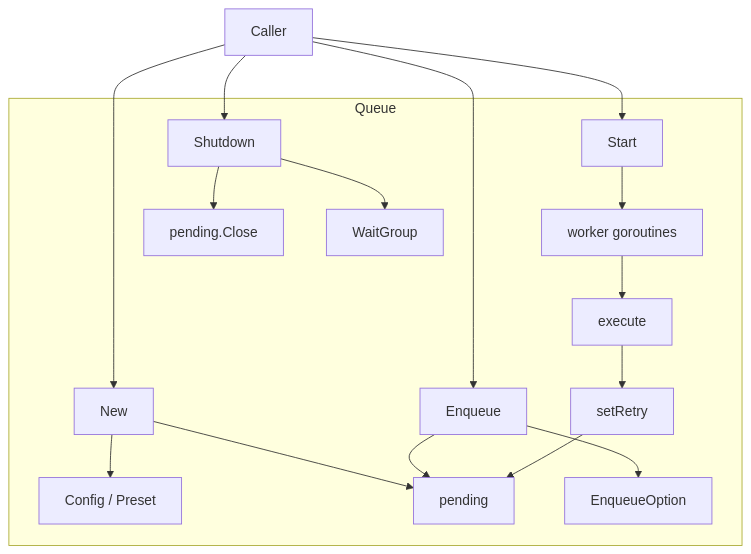
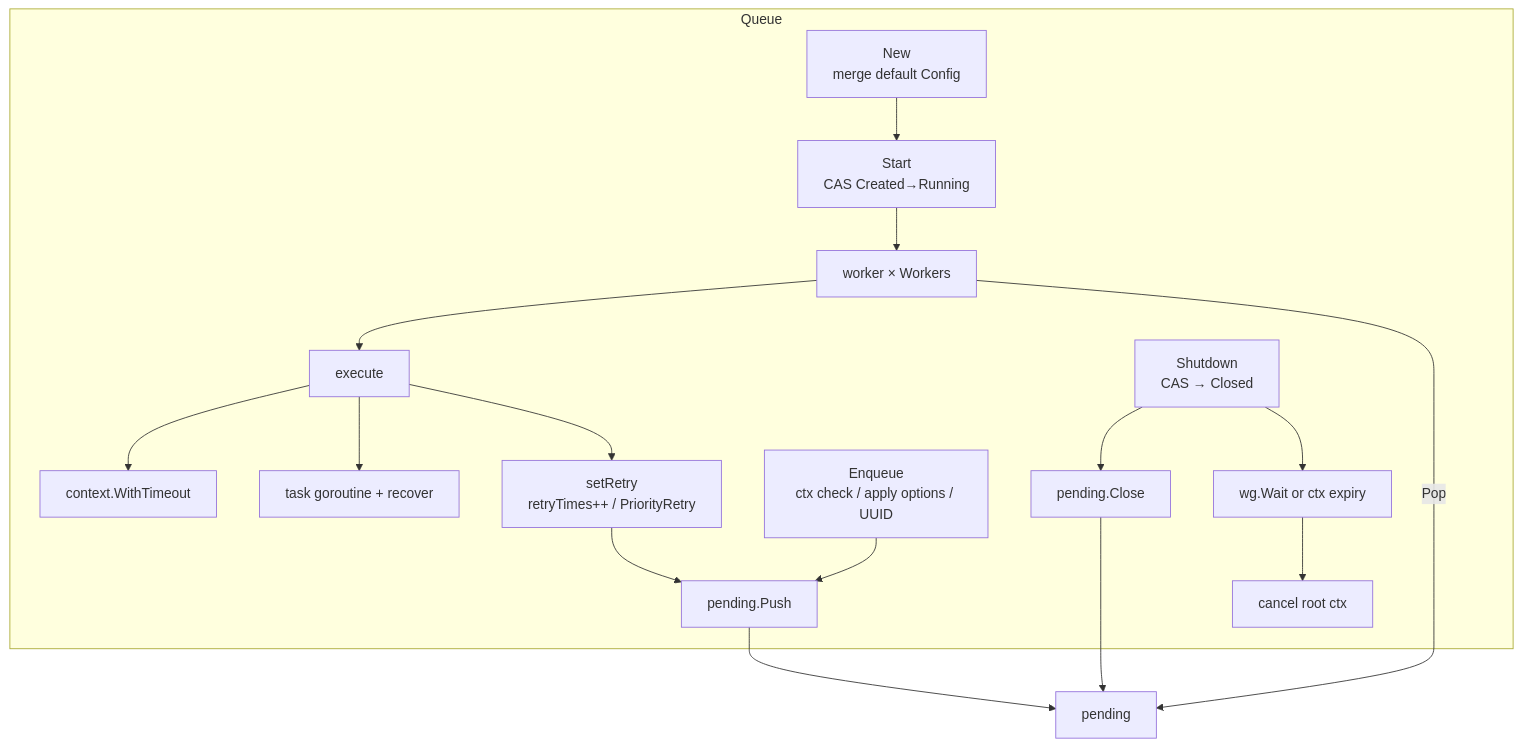
The second of 9 diagrams in doc/architecture.md (pardnchiu/go-queue), drawn with Mermaid before and after one commit. The commit also changed other lines of this file and 7 other files, not shown here.

Commit message:
doc: Regenerate bilingual README, usage docs, and architecture for core package

````diff
--- a/doc/architecture.md
+++ b/doc/architecture.md
@@ -24,19 +29,19 @@
 ```mermaid
 graph TB
     subgraph Queue
-        New[New] --> Config[Config / Preset]
-        New --> Pending[pending]
-        Start[Start] --> Workers[worker goroutines]
-        Enqueue[Enqueue] --> Options[EnqueueOption]
-        Enqueue --> Pending
-        Workers --> Execute[execute]
-        Execute --> Retry[setRetry]
-        Retry --> Pending
-        Shutdown[Shutdown] --> Close[pending.Close]
-        Shutdown --> Wait[WaitGroup]
+        N[New<br/>merge default Config] --> ST[Start<br/>CAS Created→Running]
+        ST --> WK[worker × Workers]
+        WK --> EX[execute]
+        EX --> TO[context.WithTimeout]
+        EX --> GR[task goroutine + recover]
+        EX --> RT[setRetry<br/>retryTimes++ / PriorityRetry]
+        EQ[Enqueue<br/>ctx check / apply options / UUID] --> PU[pending.Push]
+        SD[Shutdown<br/>CAS → Closed] --> CL[pending.Close]
+        SD --> WG[wg.Wait or ctx expiry]
+        WG --> CN[cancel root ctx]
     end
-    App[Caller] --> New
-    App --> Start
-    App --> Enqueue
-    App --> Shutdown
+    RT --> PU
+    WK -->|Pop| PD[pending]
+    PU --> PD
+    CL --> PD
 ```
````
